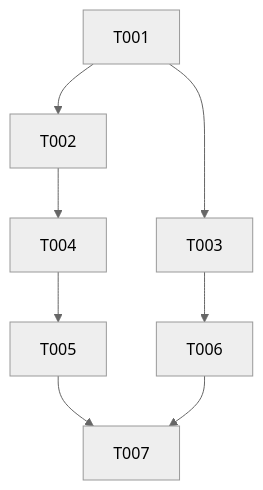
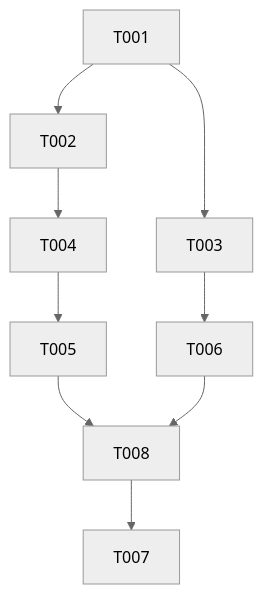
One commit to b-chua-student/theseus changed the diagram in specs/auth/openauth_login/tasks.md. Above: the diagram before and after it, drawn with Mermaid (neutral theme). The commit also changed other lines of this file, not shown here.

Commit message:
docs(auth): plan provider linking and browser verification

````diff
--- a/specs/auth/openauth_login/tasks.md
+++ b/specs/auth/openauth_login/tasks.md
@@ -5,10 +5,11 @@
 ```mermaid
 flowchart TD
     T001 --> T002
     T001 --> T003
     T002 --> T004
     T004 --> T005
     T003 --> T006
-    T005 --> T007
-    T006 --> T007
+    T005 --> T008
+    T006 --> T008
+    T008 --> T007
 ```
````
